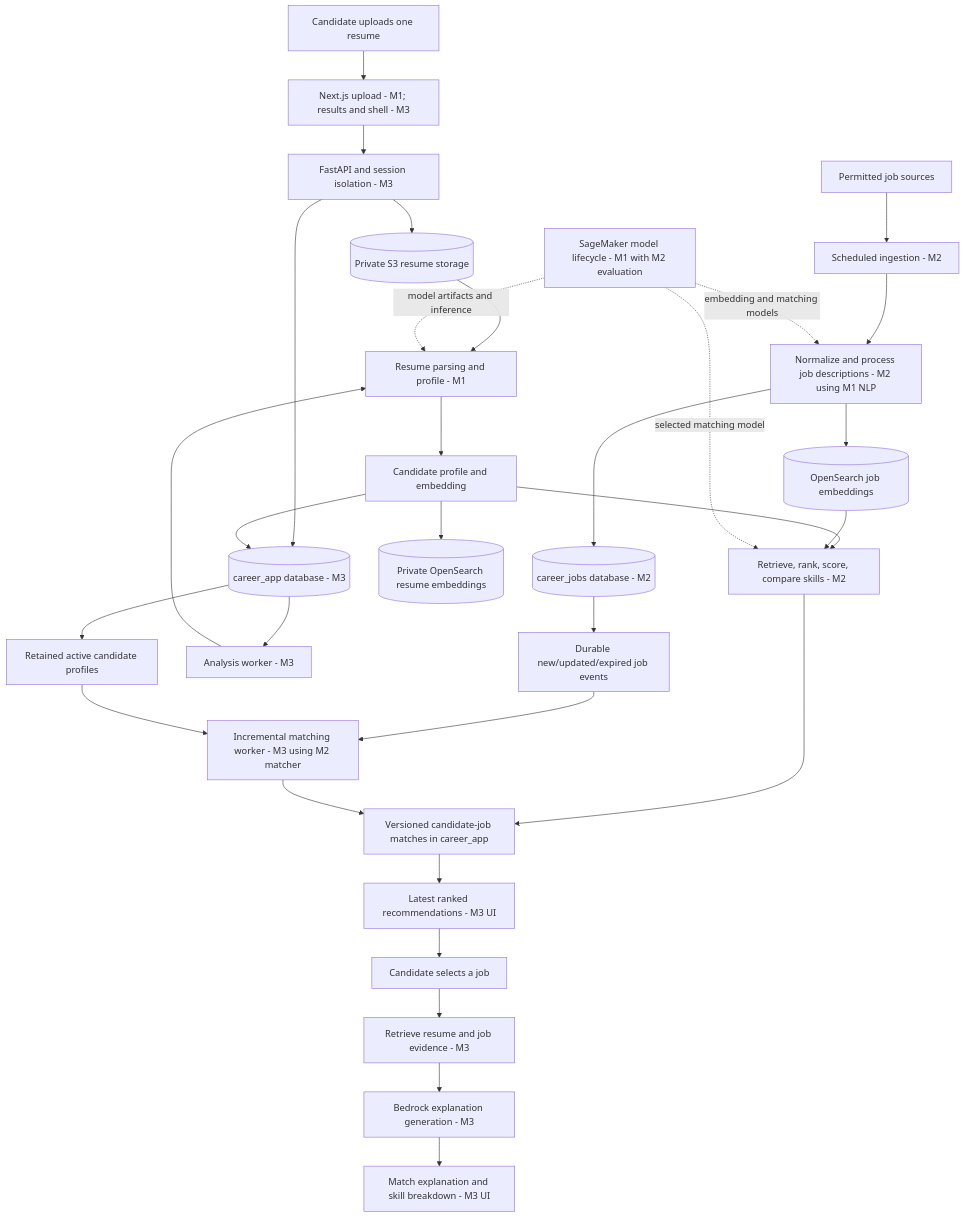
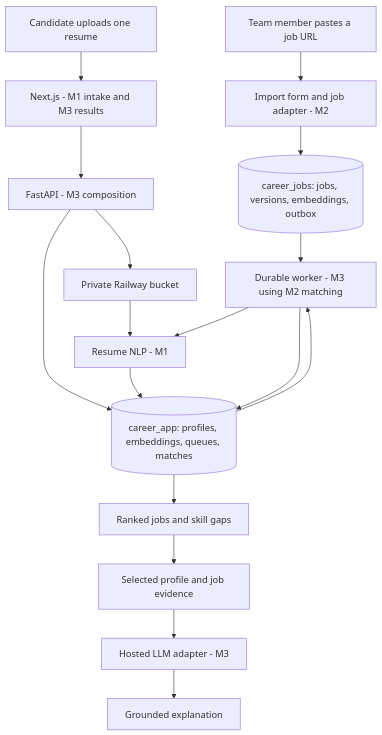
Before and after one commit to ncwjsp/ai-career-match: the diagram in plan.md, drawn with Mermaid. The commit also changed other lines of this file and 6 other files, not shown here.

Commit message:
docs: simplify scope to manual job imports and Railway

````diff
--- a/plan.md
+++ b/plan.md
@@ -73,33 +75,19 @@
 ```mermaid
 flowchart TD
-    Sources[Permitted job sources] --> Schedule[Scheduled ingestion - M2]
-    Schedule --> JobNLP[Normalize and process job descriptions - M2 using M1 NLP]
-    JobNLP --> Jobs[(career_jobs database - M2)]
-    JobNLP --> Index[(OpenSearch job embeddings)]
-    Jobs --> JobEvents[Durable new/updated/expired job events]
-    JobEvents --> Refresh[Incremental matching worker - M3 using M2 matcher]
-    User[Candidate uploads one resume] --> Web[Next.js upload - M1; results and shell - M3]
-    Web --> API[FastAPI and session isolation - M3]
-    API --> S3[(Private S3 resume storage)]
-    API --> Runs[(career_app database - M3)]
-    Runs --> Worker[Analysis worker - M3]
-    S3 --> ResumeNLP[Resume parsing and profile - M1]
-    Worker --> ResumeNLP
-    ResumeNLP --> Profile[Candidate profile and embedding]
-    Profile --> Runs
-    Runs --> Active[Retained active candidate profiles]
-    Active --> Refresh
-    Profile --> ResumeIndex[(Private OpenSearch resume embeddings)]
-    Profile --> Matching[Retrieve, rank, score, compare skills - M2]
-    Index --> Matching
-    Matching --> StoredMatches[Versioned candidate-job matches in career_app]
-    Refresh --> StoredMatches
-    StoredMatches --> Results[Latest ranked recommendations - M3 UI]
-    Results --> Selection[Candidate selects a job]
-    Selection --> Context[Retrieve resume and job evidence - M3]
-    Context --> Bedrock[Bedrock explanation generation - M3]
-    Bedrock --> Detail[Match explanation and skill breakdown - M3 UI]
-    SageMaker[SageMaker model lifecycle - M1 with M2 evaluation] -. model artifacts and inference .-> ResumeNLP
-    SageMaker -. embedding and matching models .-> JobNLP
-    SageMaker -. selected matching model .-> Matching
+    Admin[Team member pastes a job URL] --> Import[Import form and job adapter - M2]
+    Import --> Jobs[(career_jobs: jobs, versions, embeddings, outbox)]
+    Jobs --> Worker[Durable worker - M3 using M2 matching]
+    Candidate[Candidate uploads one resume] --> Web[Next.js - M1 intake and M3 results]
+    Web --> API[FastAPI - M3 composition]
+    API --> Files[Private Railway bucket]
+    API --> App[(career_app: profiles, embeddings, queues, matches)]
+    Files --> NLP[Resume NLP - M1]
+    Worker --> NLP
+    NLP --> App
+    App --> Worker
+    Worker --> App
+    App --> Results[Ranked jobs and skill gaps]
+    Results --> Evidence[Selected profile and job evidence]
+    Evidence --> LLM[Hosted LLM adapter - M3]
+    LLM --> Detail[Grounded explanation]
 ```
````
